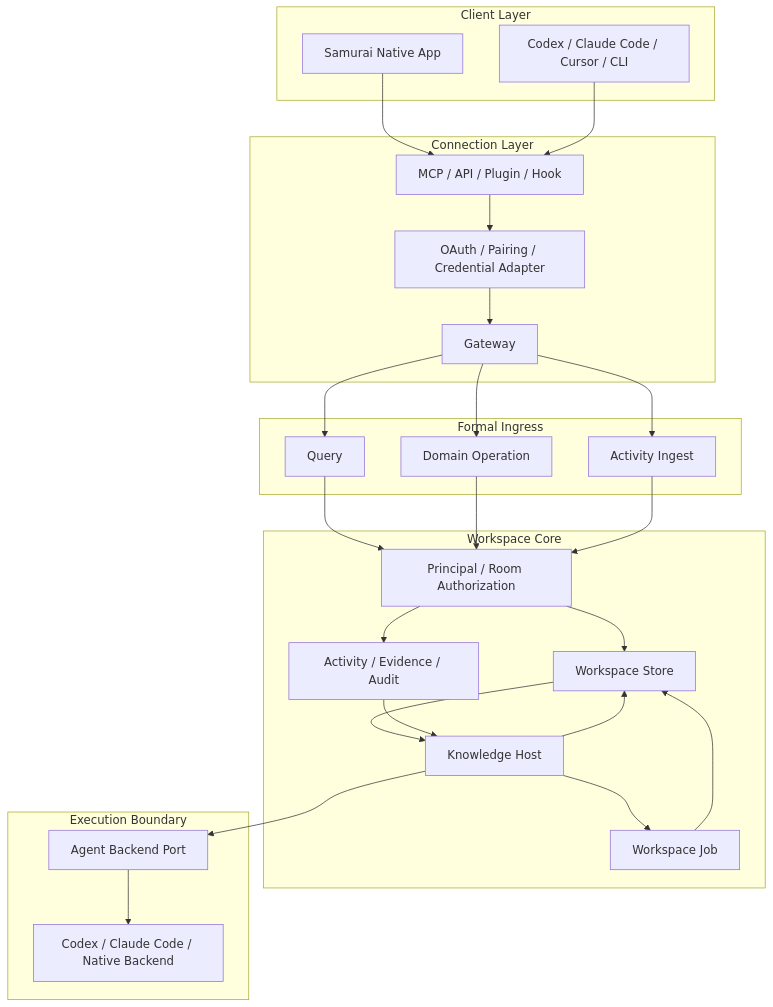
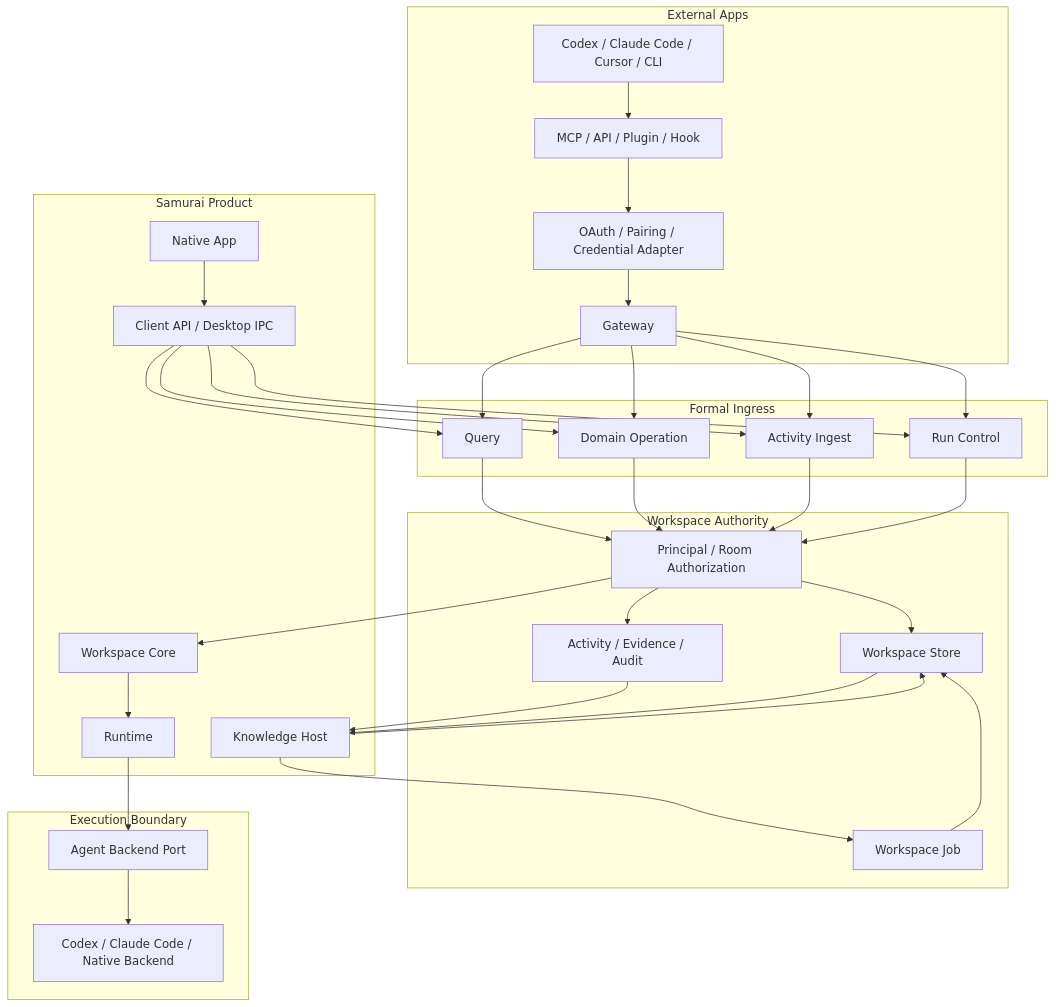
The first of 2 diagrams in ARCHITECTURE.md (Takuma-kaho/Samurai-Agent), drawn with Mermaid before and after one commit. The commit also changed other lines of this file and 254 other files, not shown here.

```diff
--- a/ARCHITECTURE.md
+++ b/ARCHITECTURE.md
@@ -30,52 +31,64 @@
 ~~~mermaid
 flowchart TB
-  subgraph Apps["Client Layer"]
-    Native["Samurai Native App"]
-    External["Codex / Claude Code / Cursor / CLI"]
+  subgraph Product["Samurai Product"]
+    Native["Native App"]
+    ClientAPI["Client API / Desktop IPC"]
+    Core["Workspace Core"]
+    Runtime["Runtime"]
+    KnowledgeHost["Knowledge Host"]
   end
 
-  subgraph Connect["Connection Layer"]
+  subgraph ExternalApps["External Apps"]
+    External["Codex / Claude Code / Cursor / CLI"]
     OAuth["OAuth / Pairing / Credential Adapter"]
     MCP["MCP / API / Plugin / Hook"]
     Gateway["Gateway"]
   end
 
   subgraph Ingress["Formal Ingress"]
     Query["Query"]
     Operation["Domain Operation"]
     Activity["Activity Ingest"]
+    RunControl["Run Control"]
   end
 
-  subgraph Core["Workspace Core"]
+  subgraph Workspace["Workspace Authority"]
     Auth["Principal / Room Authorization"]
     Store["Workspace Store"]
     History["Activity / Evidence / Audit"]
-    Host["Knowledge Host"]
     Jobs["Workspace Job"]
   end
 
   subgraph Execution["Execution Boundary"]
     Port["Agent Backend Port"]
     Backends["Codex / Claude Code / Native Backend"]
   end
 
-  Native --> MCP
+  Native --> ClientAPI
+  ClientAPI --> Query
+  ClientAPI --> Operation
+  ClientAPI --> Activity
+  ClientAPI --> RunControl
   External --> MCP
   MCP --> OAuth
   OAuth --> Gateway
   Gateway --> Query
   Gateway --> Operation
   Gateway --> Activity
+  Gateway --> RunControl
   Query --> Auth
   Operation --> Auth
   Activity --> Auth
+  RunControl --> Auth
   Auth --> Store
   Auth --> History
-  Store --> Host
-  History --> Host
-  Host --> Jobs
-  Host --> Port
+  Auth --> Core
+  Core --> Runtime
+  Runtime --> Port
   Port --> Backends
+  History --> KnowledgeHost
+  Store --> KnowledgeHost
+  KnowledgeHost --> Jobs
   Jobs --> Store
-  Host --> Store
+  KnowledgeHost --> Store
 ~~~
```
